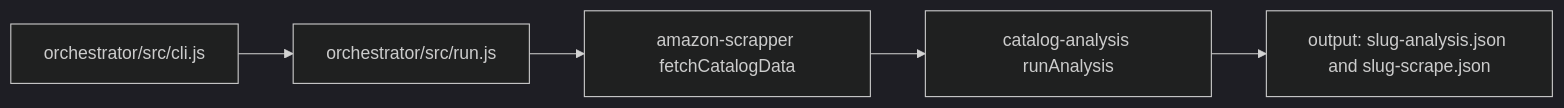
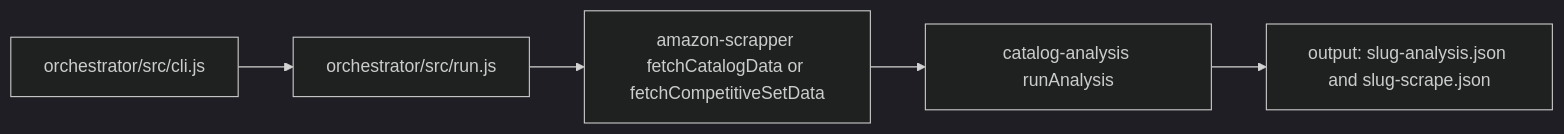
The first of 7 diagrams in docs/current-architecture.md (opptra/category-intelligence-workflow), drawn with Mermaid (dark theme) before and after one commit. The commit also changed other lines of this file and 28 other files, not shown here.

First line of the commit message:
Allow competitive-set analysis from a links file without requiring own listings.

````diff
--- a/docs/current-architecture.md
+++ b/docs/current-architecture.md
@@ -13,7 +13,7 @@
 ```mermaid
 flowchart LR
   CLI["orchestrator/src/cli.js"] --> Run["orchestrator/src/run.js"]
-  Run --> Scrape["amazon-scrapper fetchCatalogData"]
+  Run --> Scrape["amazon-scrapper fetchCatalogData or fetchCompetitiveSetData"]
   Scrape --> Analyze["catalog-analysis runAnalysis"]
   Analyze --> Files["output: slug-analysis.json and slug-scrape.json"]
 ```
````
